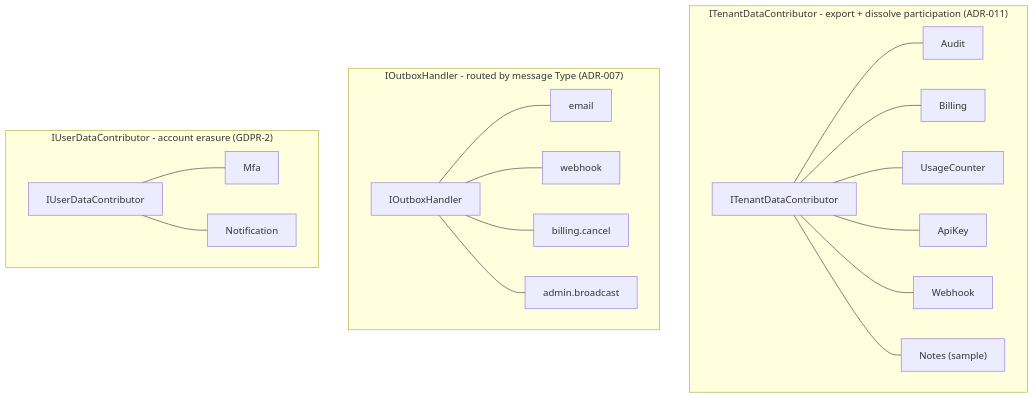
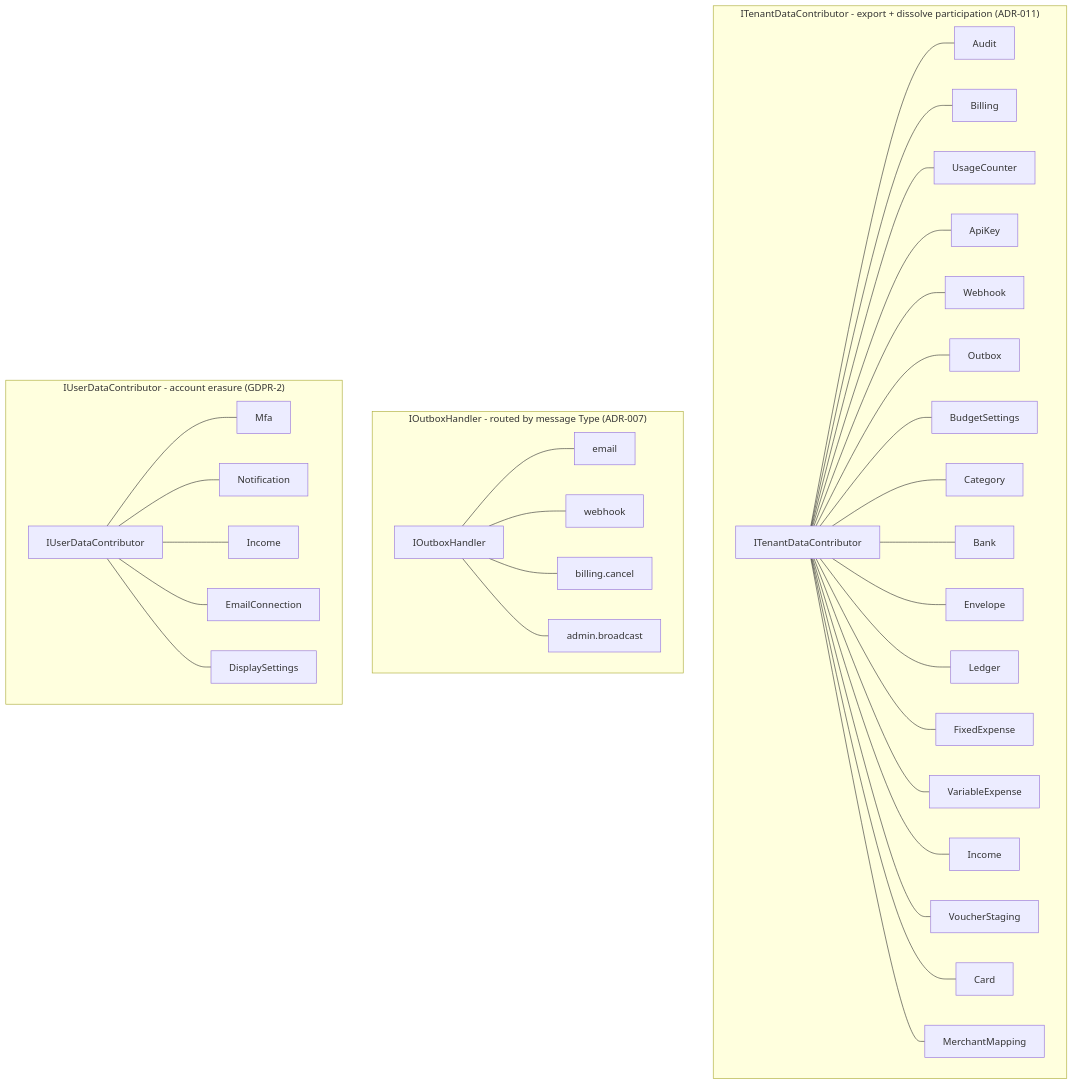
One commit to argamboad/vuelto changed the second of 8 diagrams in docs/ARCHITECTURE.md. Above: the diagram before and after it, drawn with Mermaid. The commit also changed other lines of this file and 18 other files, not shown here.

````diff
--- a/docs/ARCHITECTURE.md
+++ b/docs/ARCHITECTURE.md
@@ -75,15 +75,17 @@
 ```mermaid
 flowchart TB
     subgraph contributors ["ITenantDataContributor - export + dissolve participation (ADR-011)"]
         TDC["ITenantDataContributor"]
-        TDC --- C1["Audit"] & C2["Billing"] & C3["UsageCounter"] & C4["ApiKey"] & C5["Webhook"] & C6["Notes (sample)"]
+        TDC --- C1["Audit"] & C2["Billing"] & C3["UsageCounter"] & C4["ApiKey"] & C5["Webhook"] & C6["Outbox"]
+        TDC --- C7["BudgetSettings"] & C8["Category"] & C9["Bank"] & C10["Envelope"] & C11["Ledger"] & C12["FixedExpense"]
+        TDC --- C13["VariableExpense"] & C14["Income"] & C15["VoucherStaging"] & C16["Card"] & C17["MerchantMapping"]
     end
     subgraph handlers ["IOutboxHandler - routed by message Type (ADR-007)"]
         OH["IOutboxHandler"]
         OH --- H1["email"] & H2["webhook"] & H3["billing.cancel"] & H4["admin.broadcast"]
     end
     subgraph userdata ["IUserDataContributor - account erasure (GDPR-2)"]
         UDC["IUserDataContributor"]
-        UDC --- U1["Mfa"] & U2["Notification"]
+        UDC --- U1["Mfa"] & U2["Notification"] & U3["Income"] & U4["EmailConnection"] & U5["DisplaySettings"]
     end
 ```
````
